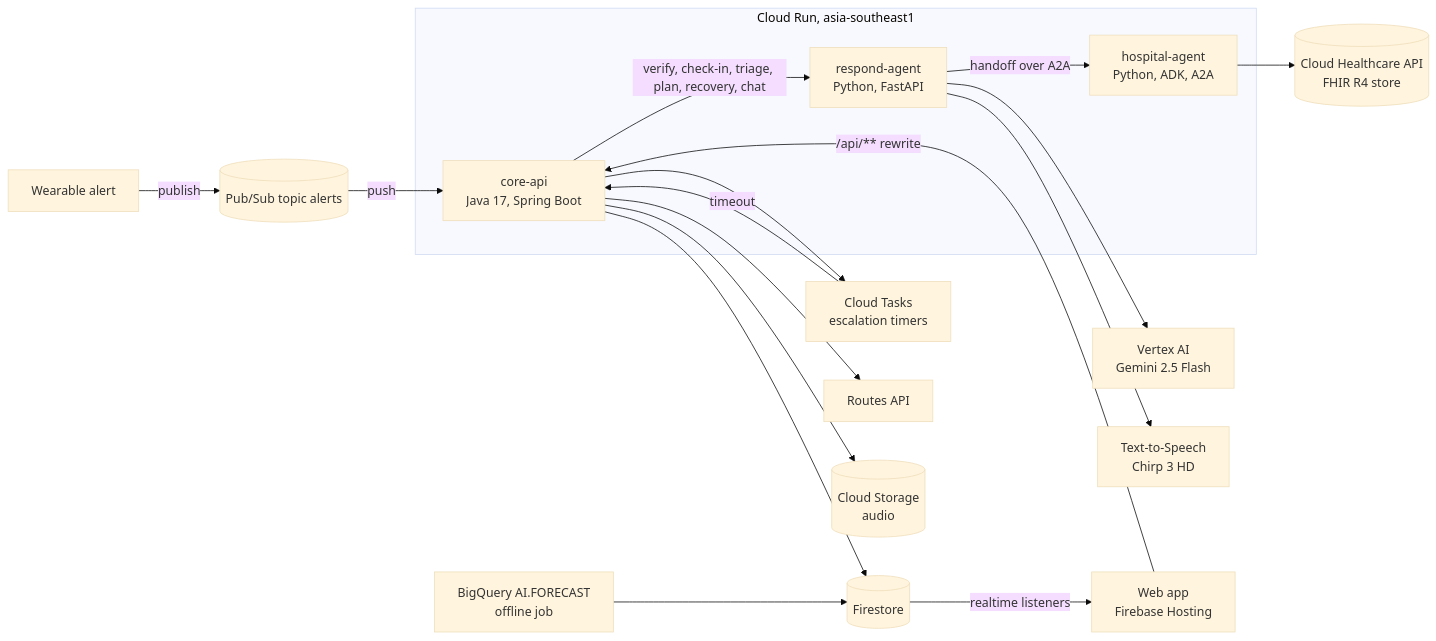
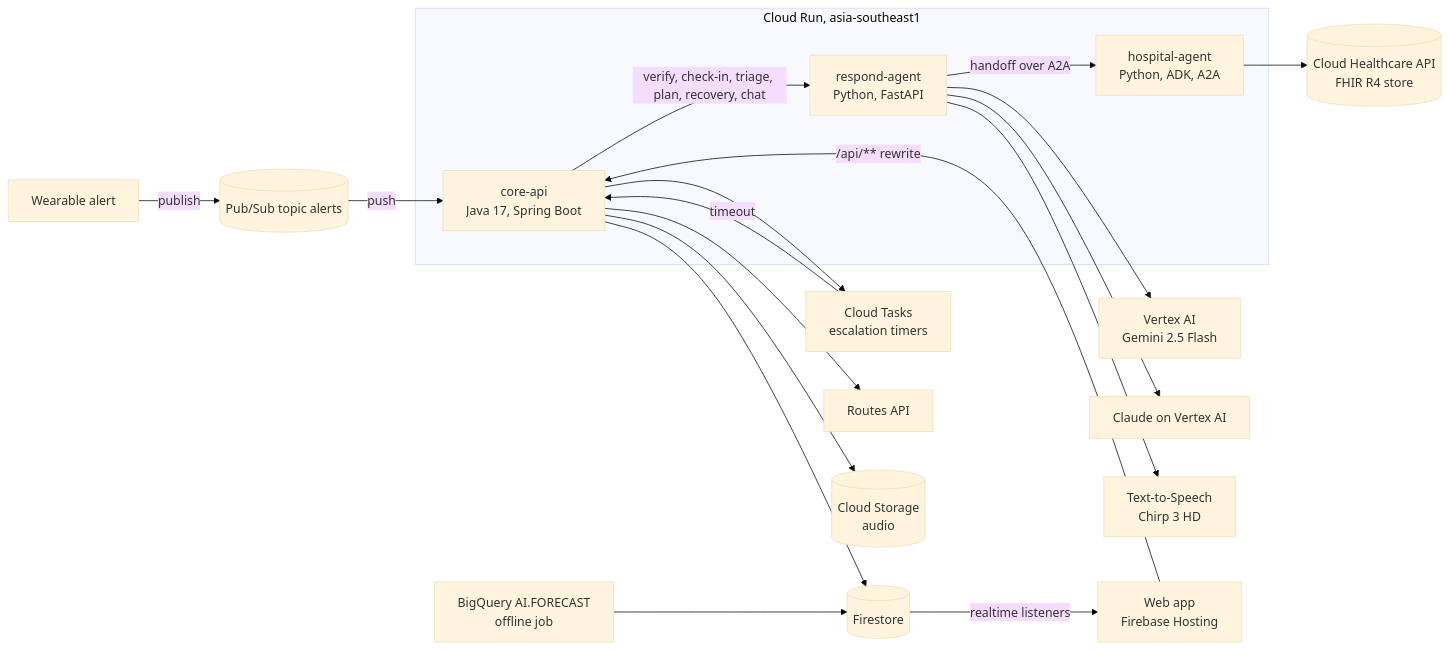
The diagram in README.md (Inside-Sync/no-one-alone), drawn with Mermaid (base theme) before and after one commit. The commit also changed other lines of this file and 4 other files, not shown here.

````diff
--- a/README.md
+++ b/README.md
@@ -14,26 +14,27 @@
 ```mermaid
 flowchart LR
     W[Wearable alert] -->|publish| PS[(Pub/Sub topic alerts)]
     PS -->|push| CA
 
     subgraph Run[Cloud Run, asia-southeast1]
         CA[core-api<br/>Java 17, Spring Boot]
         RA[respond-agent<br/>Python, FastAPI]
         HA[hospital-agent<br/>Python, ADK, A2A]
     end
 
     CA -->|verify, check-in, triage, plan, recovery, chat| RA
     RA -->|handoff over A2A| HA
     RA --> VX[Vertex AI<br/>Gemini 2.5 Flash]
+    RA --> CL[Claude on Vertex AI]
     RA --> TTS[Text-to-Speech<br/>Chirp 3 HD]
     HA --> FHIR[(Cloud Healthcare API<br/>FHIR R4 store)]
     CA --> CT[Cloud Tasks<br/>escalation timers]
     CT -->|timeout| CA
     CA --> RT[Routes API]
     CA --> FS[(Firestore)]
     CA --> ST[(Cloud Storage<br/>audio)]
 
     BQ[BigQuery AI.FORECAST<br/>offline job] --> FS
     FS -->|realtime listeners| WEB[Web app<br/>Firebase Hosting]
     WEB -->|/api/** rewrite| CA
 ```
````
